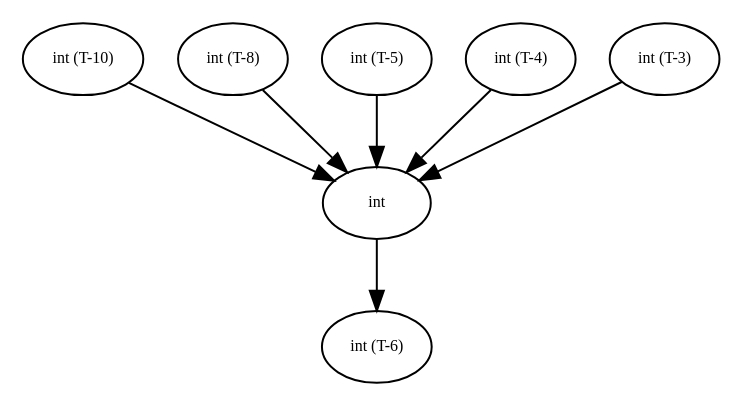
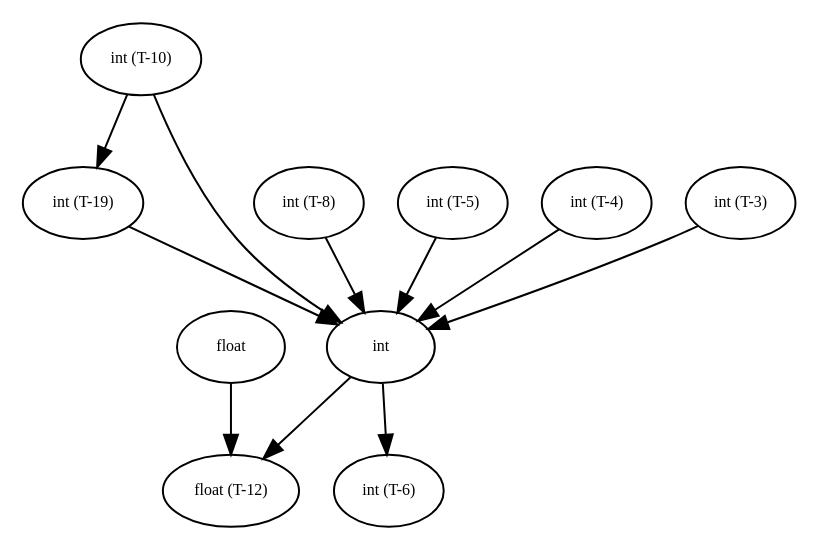
The diagram in graphs/debug_tree0.dot (amso100/livescript-declarations), drawn with Graphviz before and after one commit. The commit also changed 14 other files, not shown here.

```diff
--- a/graphs/debug_tree0.dot
+++ b/graphs/debug_tree0.dot
@@ -1,60 +1,91 @@
 digraph RGL__DirectedAdjacencyGraph {
-    "int (T-10)" [
+    "int (T-19)" [
         fontsize = 8,
-        label = "int (T-10)"
+        label = "int (T-19)"
     ]
 
     int [
         fontsize = 8,
         label = int
     ]
 
+    "float (T-12)" [
+        fontsize = 8,
+        label = "float (T-12)"
+    ]
+
     "int (T-6)" [
         fontsize = 8,
         label = "int (T-6)"
+    ]
+
+    "int (T-10)" [
+        fontsize = 8,
+        label = "int (T-10)"
+    ]
+
+    float [
+        fontsize = 8,
+        label = float
     ]
 
     "int (T-8)" [
         fontsize = 8,
         label = "int (T-8)"
     ]
 
     "int (T-5)" [
         fontsize = 8,
         label = "int (T-5)"
     ]
 
     "int (T-4)" [
         fontsize = 8,
         label = "int (T-4)"
     ]
 
     "int (T-3)" [
         fontsize = 8,
         label = "int (T-3)"
     ]
 
+    "int (T-19)" -> int [
+        fontsize = 8
+    ]
+
+    int -> "float (T-12)" [
+        fontsize = 8
+    ]
+
+    int -> "int (T-6)" [
+        fontsize = 8
+    ]
+
+    "int (T-10)" -> "int (T-19)" [
+        fontsize = 8
+    ]
+
     "int (T-10)" -> int [
         fontsize = 8
     ]
 
-    int -> "int (T-6)" [
+    float -> "float (T-12)" [
         fontsize = 8
     ]
 
     "int (T-8)" -> int [
         fontsize = 8
     ]
 
     "int (T-5)" -> int [
         fontsize = 8
     ]
 
     "int (T-4)" -> int [
         fontsize = 8
     ]
 
     "int (T-3)" -> int [
         fontsize = 8
     ]
 }
```
